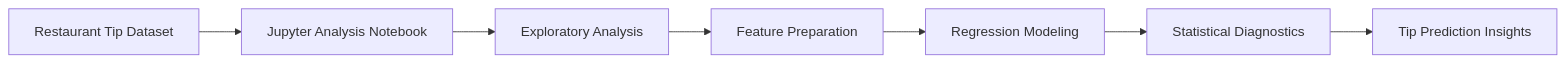
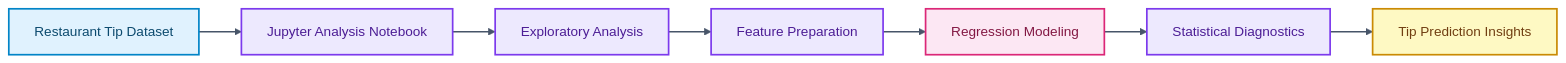
One commit to skx56/DAI-Analysis changed the diagram in README.md. Above: the diagram before and after it, drawn with Mermaid.

Commit message:
Colorize README architecture diagram

````diff
--- a/README.md
+++ b/README.md
@@ -30,9 +30,20 @@
 ```mermaid
 flowchart LR
   Data["Restaurant Tip Dataset"] --> Notebook["Jupyter Analysis Notebook"]
   Notebook --> EDA["Exploratory Analysis"]
   EDA --> Features["Feature Preparation"]
   Features --> Model["Regression Modeling"]
   Model --> Diagnostics["Statistical Diagnostics"]
   Diagnostics --> Insights["Tip Prediction Insights"]
+
+  classDef inputs fill:#E0F2FE,stroke:#0284C7,color:#0C4A6E,stroke-width:2px;
+  classDef process fill:#EDE9FE,stroke:#7C3AED,color:#4C1D95,stroke-width:2px;
+  classDef data fill:#CCFBF1,stroke:#0D9488,color:#134E4A,stroke-width:2px;
+  classDef agent fill:#FCE7F3,stroke:#DB2777,color:#831843,stroke-width:2px;
+  classDef output fill:#FEF9C3,stroke:#CA8A04,color:#713F12,stroke-width:2px;
+  class Data inputs;
+  class Notebook,EDA,Features,Diagnostics process;
+  class Model agent;
+  class Insights output;
+  linkStyle default stroke:#475569,stroke-width:2px;
 ```
````
